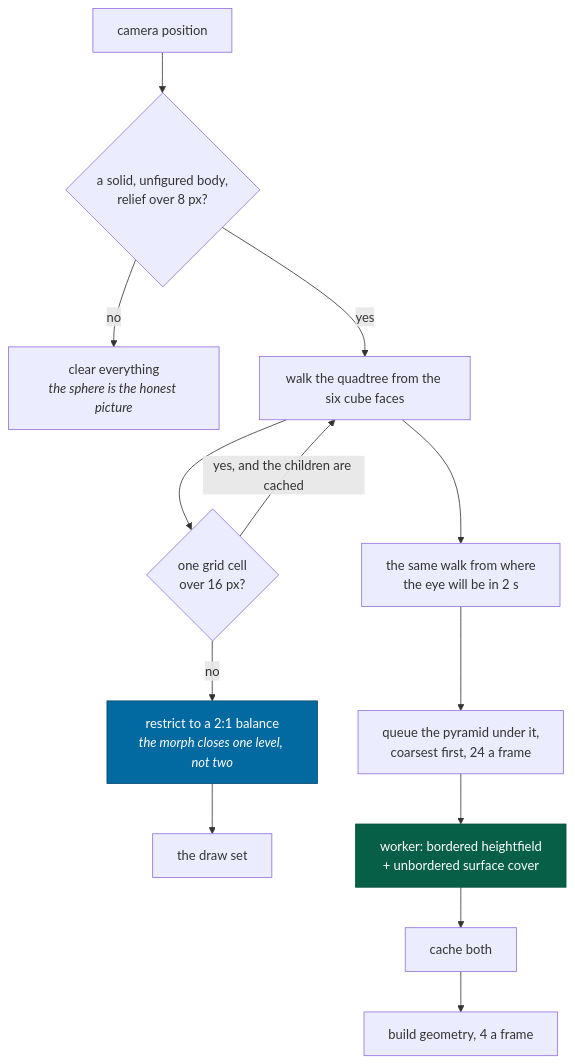
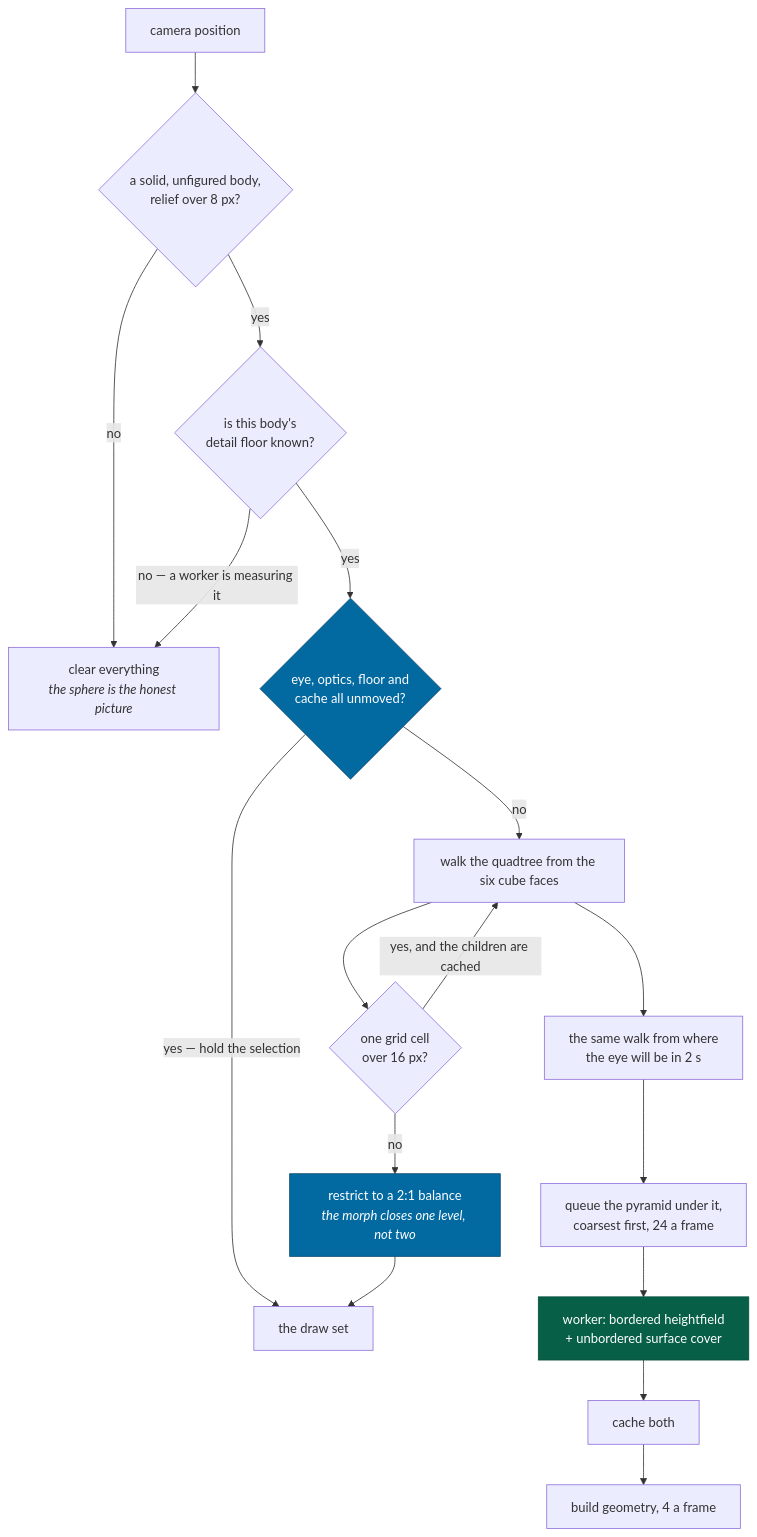
One commit to jonjaques/inertialref changed the third of 3 diagrams in docs/concepts/streaming.md. Above: the diagram before and after it, drawn with Mermaid. The commit also changed other lines of this file and 60 other files, not shown here.

````diff
--- a/docs/concepts/streaming.md
+++ b/docs/concepts/streaming.md
@@ -83,18 +83,23 @@
 ```mermaid
 flowchart TB
     CAM["camera position"] --> BODY{"a solid, unfigured body,<br/>relief over 8 px?"}
     BODY -->|no| CLEAR["clear everything<br/><i>the sphere is the honest picture</i>"]
-    BODY -->|yes| WALK["walk the quadtree from the six cube faces"]
+    BODY -->|yes| FLOOR{"is this body's<br/>detail floor known?"}
+    FLOOR -->|"no — a worker is measuring it"| CLEAR
+    FLOOR -->|yes| HELD{"eye, optics, floor and<br/>cache all unmoved?"}
+    HELD -->|"yes — hold the selection"| DRAW
+    HELD -->|no| WALK["walk the quadtree from the six cube faces"]
     WALK --> REFINE{"one grid cell<br/>over 16 px?"}
     REFINE -->|"yes, and the children are cached"| WALK
     REFINE -->|no| BALANCE["restrict to a 2:1 balance<br/><i>the morph closes one level, not two</i>"]
     BALANCE --> DRAW["the draw set"]
     WALK --> AHEAD["the same walk from where<br/>the eye will be in 2 s"]
     AHEAD --> QUEUE["queue the pyramid under it,<br/>coarsest first, 24 a frame"]
     QUEUE --> JOB["worker: bordered heightfield<br/>+ unbordered surface cover"]
     JOB --> CACHE["cache both"]
     CACHE --> MESH["build geometry, 4 a frame"]
 
     style JOB fill:#065f46,stroke:#064e3b,color:#fff
     style BALANCE fill:#0369a1,stroke:#0c4a6e,color:#fff
+    style HELD fill:#0369a1,stroke:#0c4a6e,color:#fff
 ```
````
